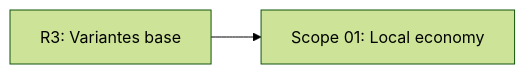
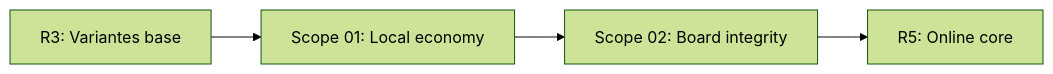
Before and after one commit to cmartinezs/lab-lights-web: the diagram in .planning/active/005-roadmap-r4-local-economy/01-expansion.md, drawn with Mermaid (forest theme). The commit also changed other lines of this file and 2 other files, not shown here.

First line of the commit message:
docs(planning): add board integrity scope (R4 Scope 02) — anti-hacking mechanism

````diff
--- a/.planning/active/005-roadmap-r4-local-economy/01-expansion.md
+++ b/.planning/active/005-roadmap-r4-local-economy/01-expansion.md
@@ -14,4 +15,6 @@
 ```mermaid
 flowchart LR
     R3[R3: Variantes base] --> S01[Scope 01: Local economy]
+    S01 --> S02[Scope 02: Board integrity]
+    S02 --> R5[R5: Online core]
 ```
````
